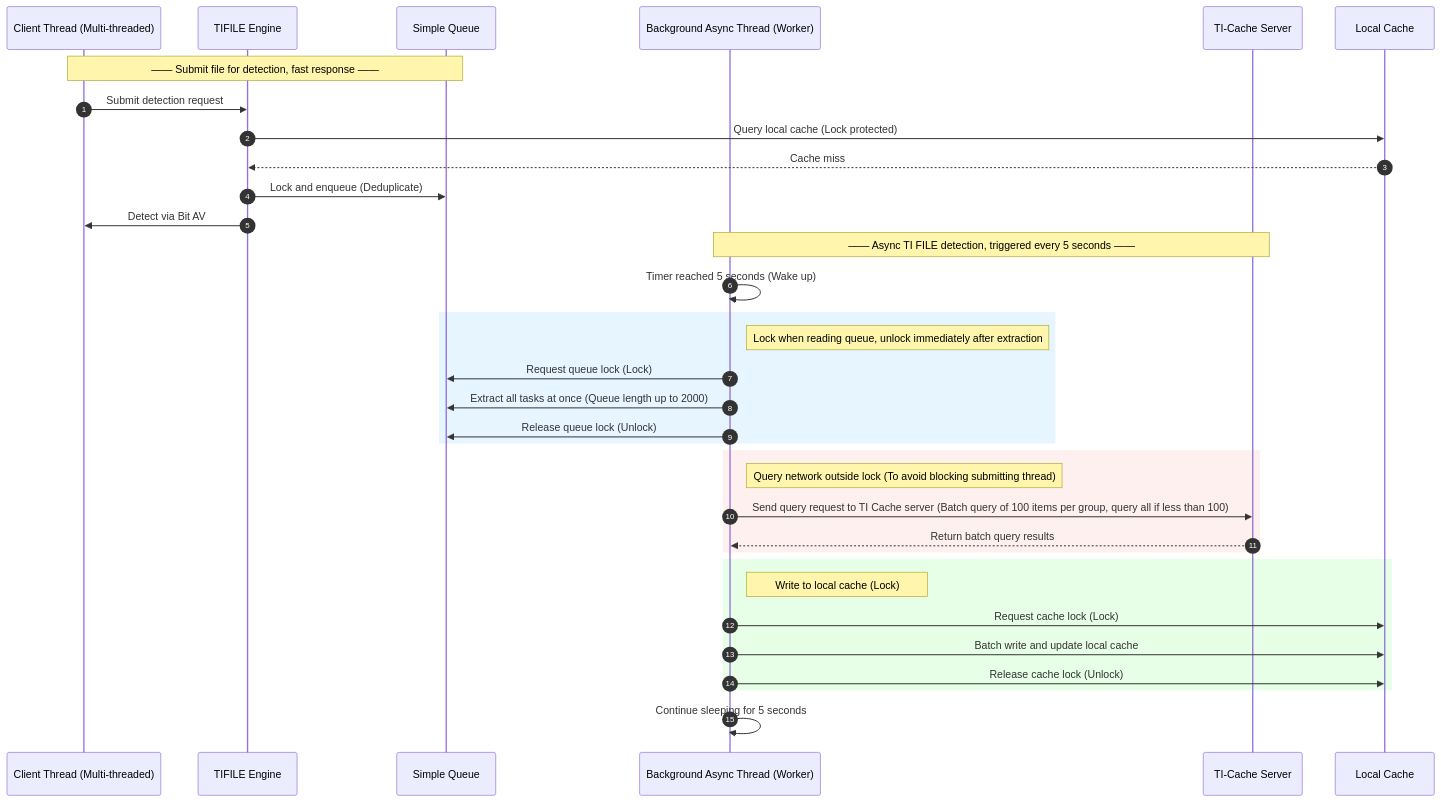
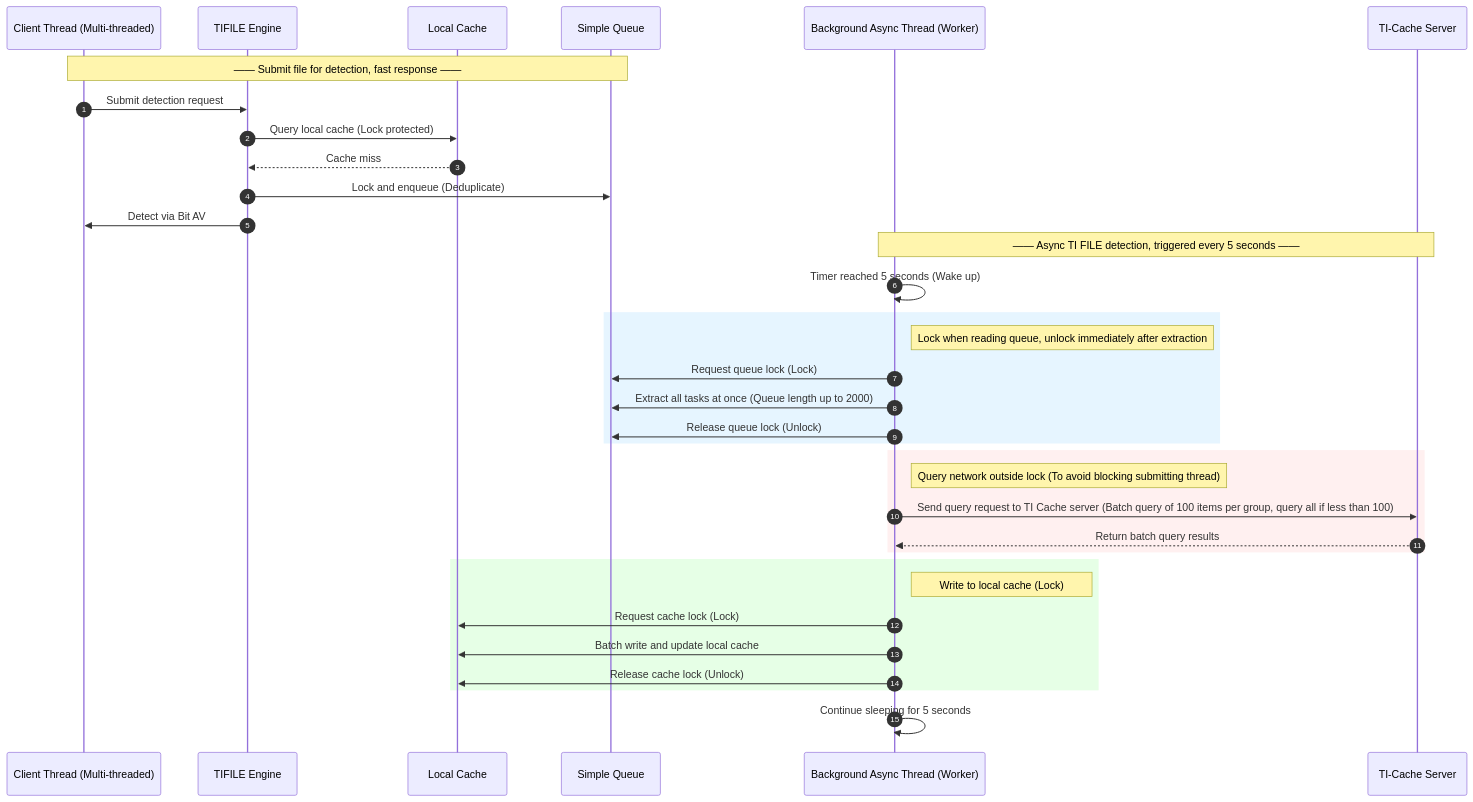
Before and after one commit to hanlinjay/my_exam: the diagram in README_EN.md, drawn with Mermaid.

````diff
--- a/README_EN.md
+++ b/README_EN.md
@@ -1,41 +1,42 @@
 ```mermaid
 sequenceDiagram
     autonumber
     participant Client as Client Thread (Multi-threaded)
     participant TIFILE as TIFILE Engine
+    participant Cache as Local Cache
     participant Queue as Simple Queue
     participant Async as Background Async Thread (Worker)
     participant TICache as TI-Cache Server
-    participant Cache as Local Cache
+
 
     Note over Client, Queue: —— Submit file for detection, fast response ——
     Client->>TIFILE: Submit detection request
     TIFILE->>Cache: Query local cache (Lock protected)
     Cache-->>TIFILE: Cache miss
     TIFILE->>Queue: Lock and enqueue (Deduplicate)
     TIFILE->>Client: Detect via Bit AV
     
     Note over Async, TICache: —— Async TI FILE detection, triggered every 5 seconds ——
     Async->>Async: Timer reached 5 seconds (Wake up)
     rect rgb(230, 245, 255)
         Note right of Async: Lock when reading queue, unlock immediately after extraction
         Async->>Queue: Request queue lock (Lock)
         Async->>Queue: Extract all tasks at once (Queue length up to 2000)
         Async->>Queue: Release queue lock (Unlock)
     end
     
     rect rgb(255, 240, 240)
         Note right of Async: Query network outside lock (To avoid blocking submitting thread)
         Async->>TICache: Send query request to TI Cache server (Batch query of 100 items per group, query all if less than 100)
         TICache-->>Async: Return batch query results
     end
 
     rect rgb(230, 255, 230)
         Note right of Async: Write to local cache (Lock)
         Async->>Cache: Request cache lock (Lock)
         Async->>Cache: Batch write and update local cache
         Async->>Cache: Release cache lock (Unlock)
     end
     
     Async->>Async: Continue sleeping for 5 seconds
 ```
````
